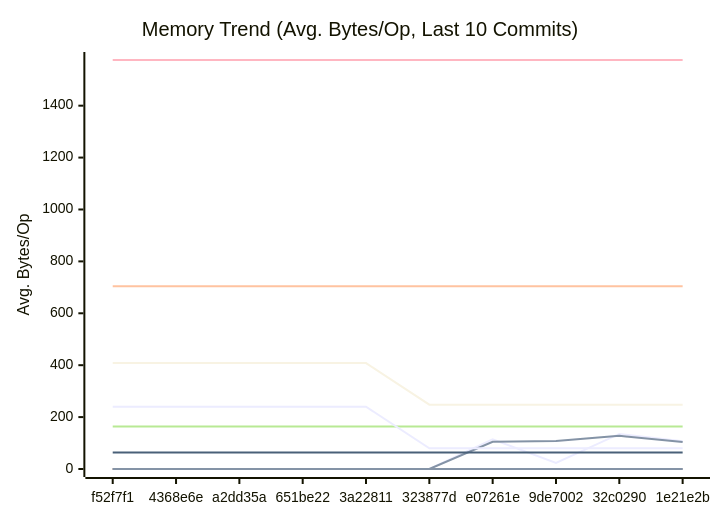
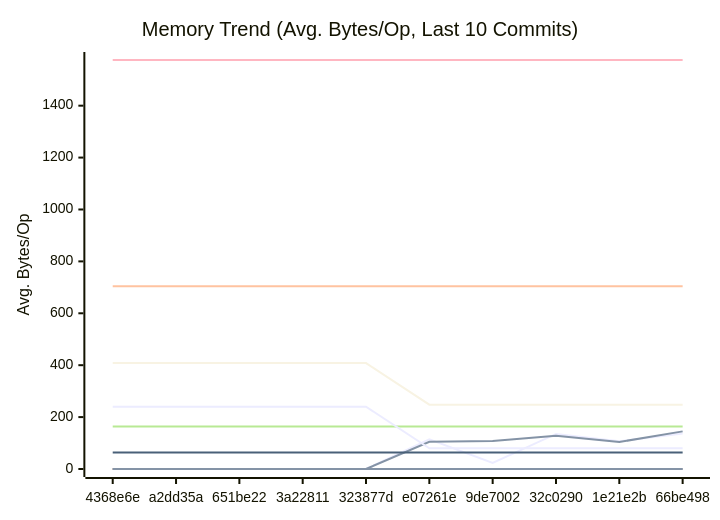
One commit to alsotoes/momo changed the second of 3 diagrams in docs/PERFORMANCE.md. Above: the diagram before and after it, drawn with Mermaid. The commit also changed other lines of this file and 8 other files, not shown here.

````diff
--- a/docs/PERFORMANCE.md
+++ b/docs/PERFORMANCE.md
@@ -171,20 +171,20 @@
 ```mermaid
 xychart-beta
     title "Memory Trend (Avg. Bytes/Op, Last 10 Commits)"
     x-axis "Commit"
     y-axis "Avg. Bytes/Op"
-    x-axis [f52f7f1,4368e6e,a2dd35a,651be22,3a22811,323877d,e07261e,9de7002,32c0290,1e21e2b]
-    line "AWSChunkedReaderSigned" [0,0,0,0,0,0,114,23,135,107]
-    line "AWSChunkedReaderUnsigned" [0,0,0,0,0,0,105,108,128,104]
+    x-axis [4368e6e,a2dd35a,651be22,3a22811,323877d,e07261e,9de7002,32c0290,1e21e2b,66be498]
+    line "AWSChunkedReaderSigned" [0,0,0,0,0,114,23,135,107,137]
+    line "AWSChunkedReaderUnsigned" [0,0,0,0,0,105,108,128,104,145]
     line "CheckMetricsAndSwap" [0,0,0,0,0,0,0,0,0,0]
     line "CrushOptimized" [0,0,0,0,0,0,0,0,0,0]
     line "CrushOriginal" [164,164,164,164,164,164,164,164,164,164]
     line "IndexDirectTracking" [0,0,0,0,0,0,0,0,0,0]
     line "IndexSearch" [0,0,0,0,0,0,0,0,0,0]
     line "LoadGlobalConfig" [1576,1576,1576,1576,1576,1576,1576,1576,1576,1576]
     line "PadString" [64,64,64,64,64,64,64,64,64,64]
     line "ParseReplicationOrder_NoPrealloc" [408,408,408,408,408,248,248,248,248,248]
     line "ParseReplicationOrder_Prealloc" [240,240,240,240,240,80,80,80,80,80]
     line "SanitizeLog/Safe" [0,0,0,0,0,0,0,0,0,0]
     line "SanitizeLog/Unsafe" [704,704,704,704,704,704,704,704,704,704]
 ```
````
